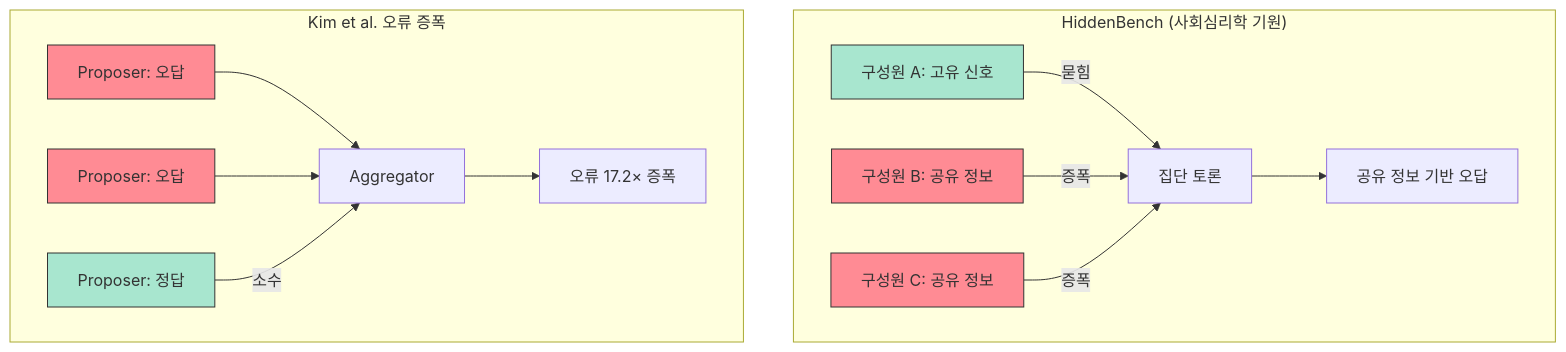
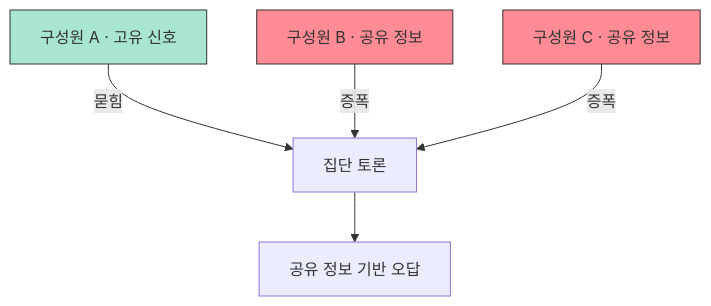
One commit to pheeree/pheeree.github.io changed the second of 3 diagrams in _posts/2026-04-25-governance-failure-modes.md. Above: the diagram before and after it, drawn with Mermaid. The commit also changed other lines of this file and 10 other files, not shown here.

````diff
--- a/_posts/2026-04-25-governance-failure-modes.md
+++ b/_posts/2026-04-25-governance-failure-modes.md
@@ -53,21 +51,11 @@
 ```mermaid
 flowchart TB
-  subgraph HiddenBench["HiddenBench (사회심리학 기원)"]
-    I1[구성원 A: 고유 신호] -->|묻힘| Disc[집단 토론]
-    I2[구성원 B: 공유 정보] -->|증폭| Disc
-    I3[구성원 C: 공유 정보] -->|증폭| Disc
-    Disc --> WrongOut[공유 정보 기반 오답]
-  end
-
-  subgraph KimEtAl["Kim et al. 오류 증폭"]
-    P1[Proposer: 오답] --> Agg[Aggregator]
-    P2[Proposer: 오답] --> Agg
-    P3[Proposer: 정답] -->|소수| Agg
-    Agg --> Err["오류 17.2× 증폭"]
-  end
-
+  I1["구성원 A · 고유 신호"] -- "묻힘" --> Disc["집단 토론"]
+  I2["구성원 B · 공유 정보"] -- "증폭" --> Disc
+  I3["구성원 C · 공유 정보"] -- "증폭" --> Disc
+  Disc --> WrongOut["공유 정보 기반 오답"]
   classDef signal fill:#a8e6cf,stroke:#333
   classDef noise fill:#ff8b94,stroke:#333
-  class I1,P3 signal
-  class I2,I3,P1,P2 noise
+  class I1 signal
+  class I2,I3 noise
 ```
````
